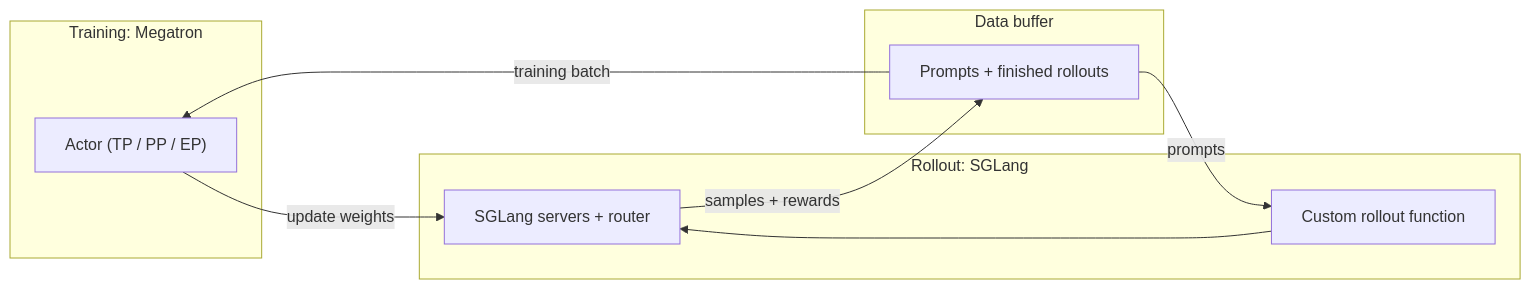
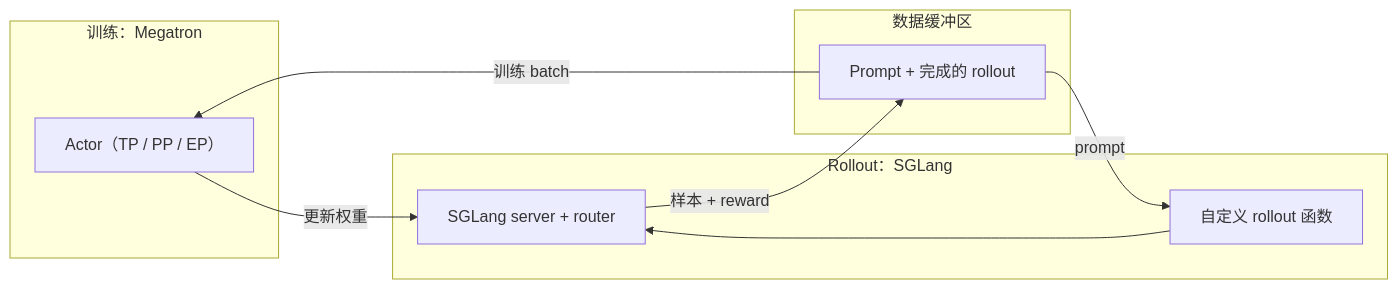
Before and after one commit to lxy-alexander/VoidIndex: the seventh of 8 diagrams in src/content/posts/llm-rl-frameworks.md, drawn with Mermaid. The commit also changed other lines of this file and 4 other files, not shown here.

````diff
--- a/src/content/posts/llm-rl-frameworks.md
+++ b/src/content/posts/llm-rl-frameworks.md
@@ -215,18 +215,18 @@
 ```mermaid
 flowchart LR
-  subgraph TRAIN["Training: Megatron"]
-    M["Actor (TP / PP / EP)"]
+  subgraph TRAIN["训练：Megatron"]
+    M["Actor（TP / PP / EP）"]
   end
-  subgraph BUF["Data buffer"]
-    D["Prompts + finished rollouts"]
+  subgraph BUF["数据缓冲区"]
+    D["Prompt + 完成的 rollout"]
   end
-  subgraph ROLL["Rollout: SGLang"]
-    S["SGLang servers + router"]
-    F["Custom rollout function"]
+  subgraph ROLL["Rollout：SGLang"]
+    S["SGLang server + router"]
+    F["自定义 rollout 函数"]
   end
-  D -- "prompts" --> F
+  D -- "prompt" --> F
   F --> S
-  S -- "samples + rewards" --> D
-  D -- "training batch" --> M
-  M -- "update weights" --> S
+  S -- "样本 + reward" --> D
+  D -- "训练 batch" --> M
+  M -- "更新权重" --> S
 ```
````
